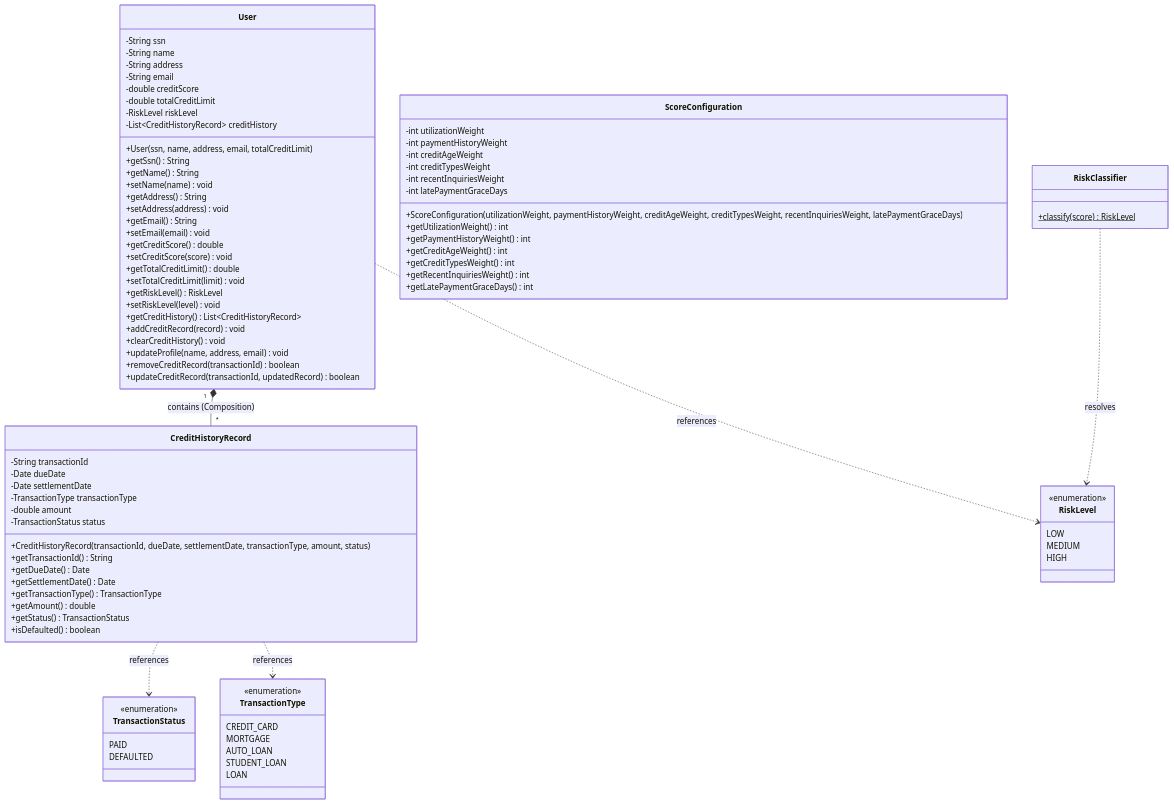
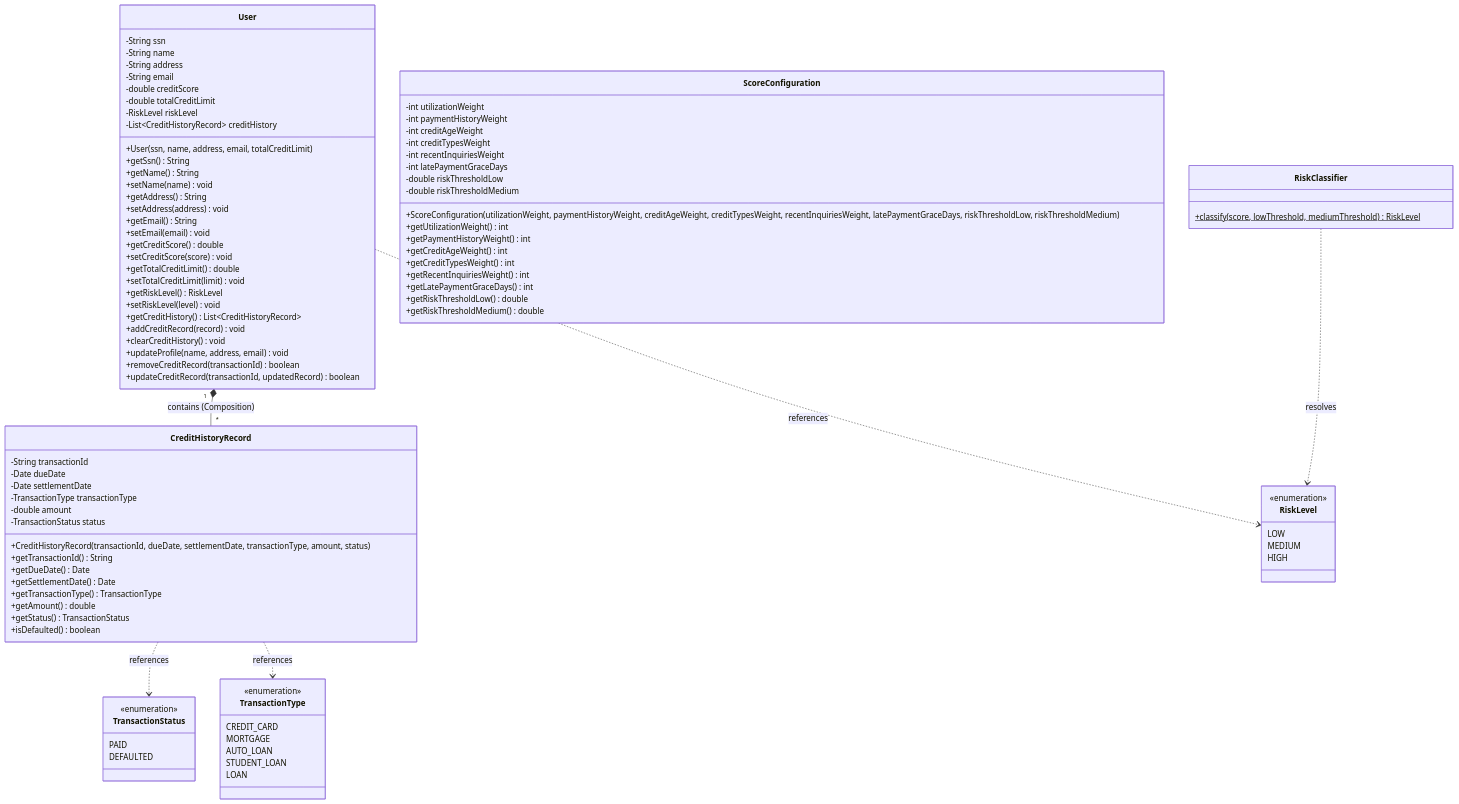
One commit to Pinkylml/CreditScoreManagement changed the diagram in docs/03_domain_model.md. Above: the diagram before and after it, drawn with Mermaid. The commit also changed 8 other files, not shown here.

```diff
--- a/docs/03_domain_model.md
+++ b/docs/03_domain_model.md
@@ -65,17 +65,21 @@
         -int creditTypesWeight
         -int recentInquiriesWeight
         -int latePaymentGraceDays
-        +ScoreConfiguration(utilizationWeight, paymentHistoryWeight, creditAgeWeight, creditTypesWeight, recentInquiriesWeight, latePaymentGraceDays)
+        -double riskThresholdLow
+        -double riskThresholdMedium
+        +ScoreConfiguration(utilizationWeight, paymentHistoryWeight, creditAgeWeight, creditTypesWeight, recentInquiriesWeight, latePaymentGraceDays, riskThresholdLow, riskThresholdMedium)
         +getUtilizationWeight() int
         +getPaymentHistoryWeight() int
         +getCreditAgeWeight() int
         +getCreditTypesWeight() int
         +getRecentInquiriesWeight() int
         +getLatePaymentGraceDays() int
+        +getRiskThresholdLow() double
+        +getRiskThresholdMedium() double
     }
 
     class RiskClassifier {
-        +classify(score) RiskLevel$
+        +classify(score, lowThreshold, mediumThreshold) RiskLevel$
     }
 
     class RiskLevel {
```
